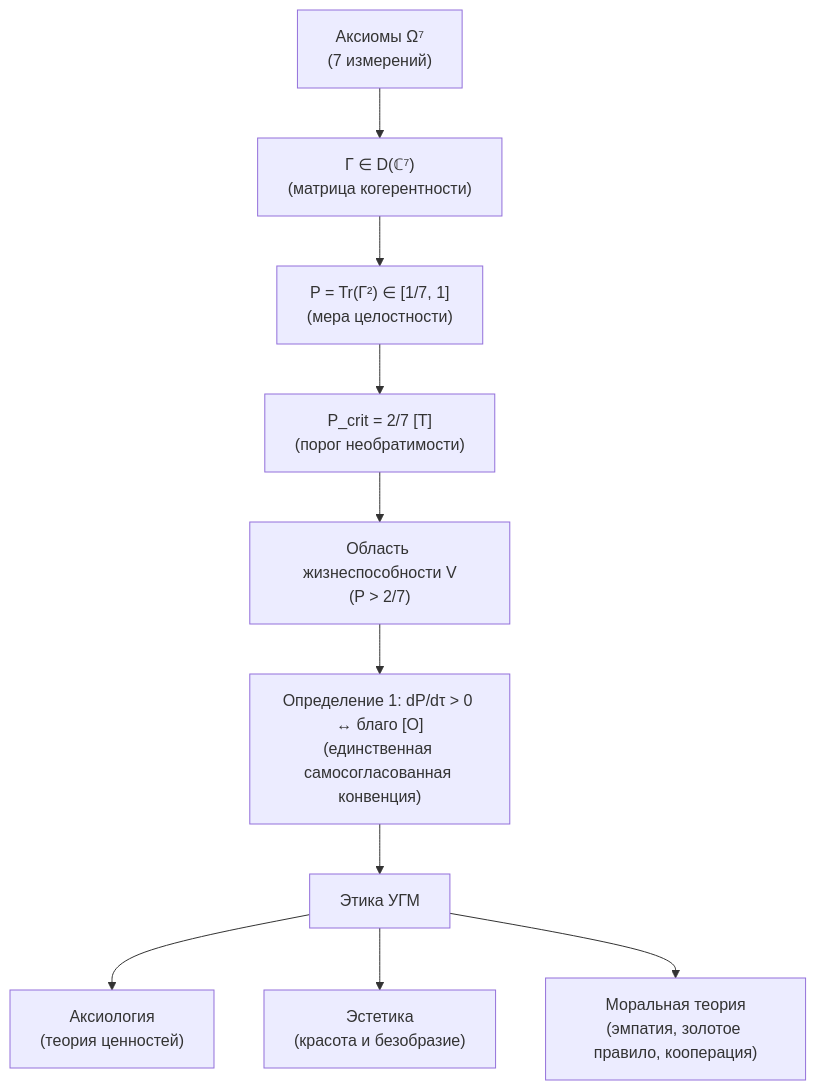
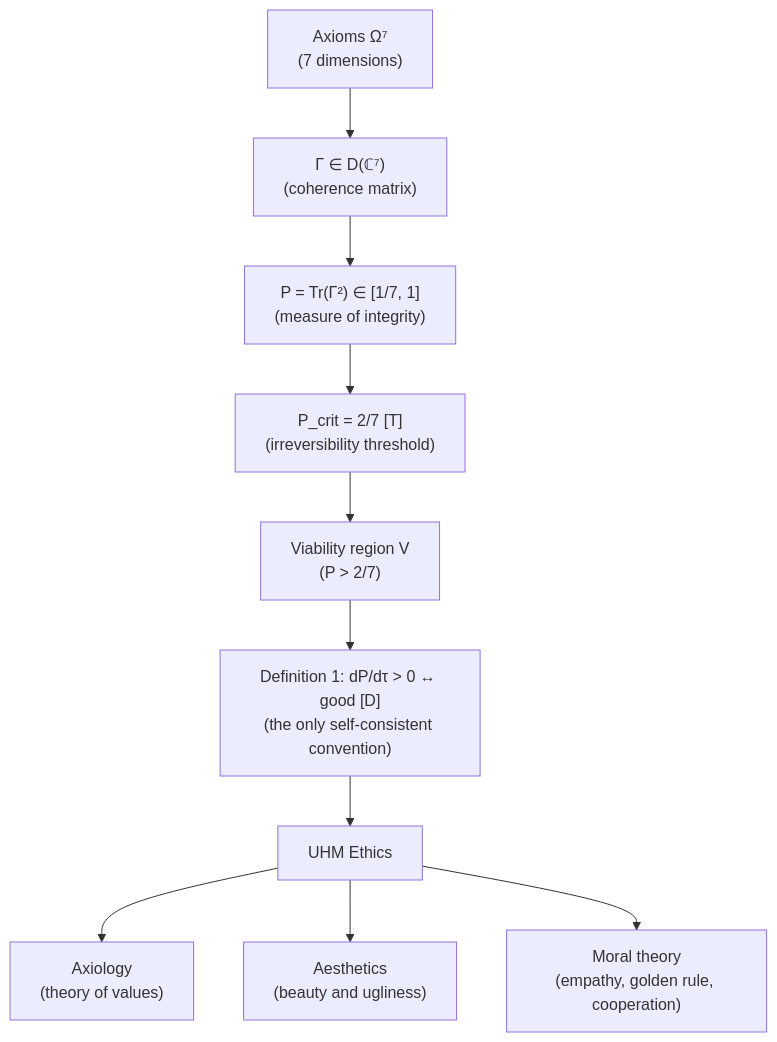
The second of 3 diagrams in website/docs/consciousness/ethics-meaning/value-consciousness.md (gst-st/uhm), drawn with Mermaid before and after one commit. The commit also changed other lines of this file and 79 other files, not shown here.

````diff
--- a/website/docs/consciousness/ethics-meaning/value-consciousness.md
+++ b/website/docs/consciousness/ethics-meaning/value-consciousness.md
@@ -111,12 +111,12 @@
 ```mermaid
 graph TD
-    AX["Аксиомы Ω⁷<br/>(7 измерений)"] --> GAM["Γ ∈ D(ℂ⁷)<br/>(матрица когерентности)"]
-    GAM --> P["P = Tr(Γ²) ∈ [1/7, 1]<br/>(мера целостности)"]
-    P --> PCRIT["P_crit = 2/7 [Т]<br/>(порог необратимости)"]
-    PCRIT --> VIAB["Область жизнеспособности V<br/>(P > 2/7)"]
-    VIAB --> CONV["Определение 1: dP/dτ > 0 ↔ благо [О]<br/>(единственная самосогласованная конвенция)"]
-    CONV --> ETHICS["Этика УГМ"]
-    ETHICS --> VALUES["Аксиология<br/>(теория ценностей)"]
-    ETHICS --> AESTHETICS["Эстетика<br/>(красота и безобразие)"]
-    ETHICS --> MORALS["Моральная теория<br/>(эмпатия, золотое правило, кооперация)"]
+    AX["Axioms Ω⁷<br/>(7 dimensions)"] --> GAM["Γ ∈ D(ℂ⁷)<br/>(coherence matrix)"]
+    GAM --> P["P = Tr(Γ²) ∈ [1/7, 1]<br/>(measure of integrity)"]
+    P --> PCRIT["P_crit = 2/7 [T]<br/>(irreversibility threshold)"]
+    PCRIT --> VIAB["Viability region V<br/>(P > 2/7)"]
+    VIAB --> CONV["Definition 1: dP/dτ > 0 ↔ good [D]<br/>(the only self-consistent convention)"]
+    CONV --> ETHICS["UHM Ethics"]
+    ETHICS --> VALUES["Axiology<br/>(theory of values)"]
+    ETHICS --> AESTHETICS["Aesthetics<br/>(beauty and ugliness)"]
+    ETHICS --> MORALS["Moral theory<br/>(empathy, golden rule, cooperation)"]
 ```
````
